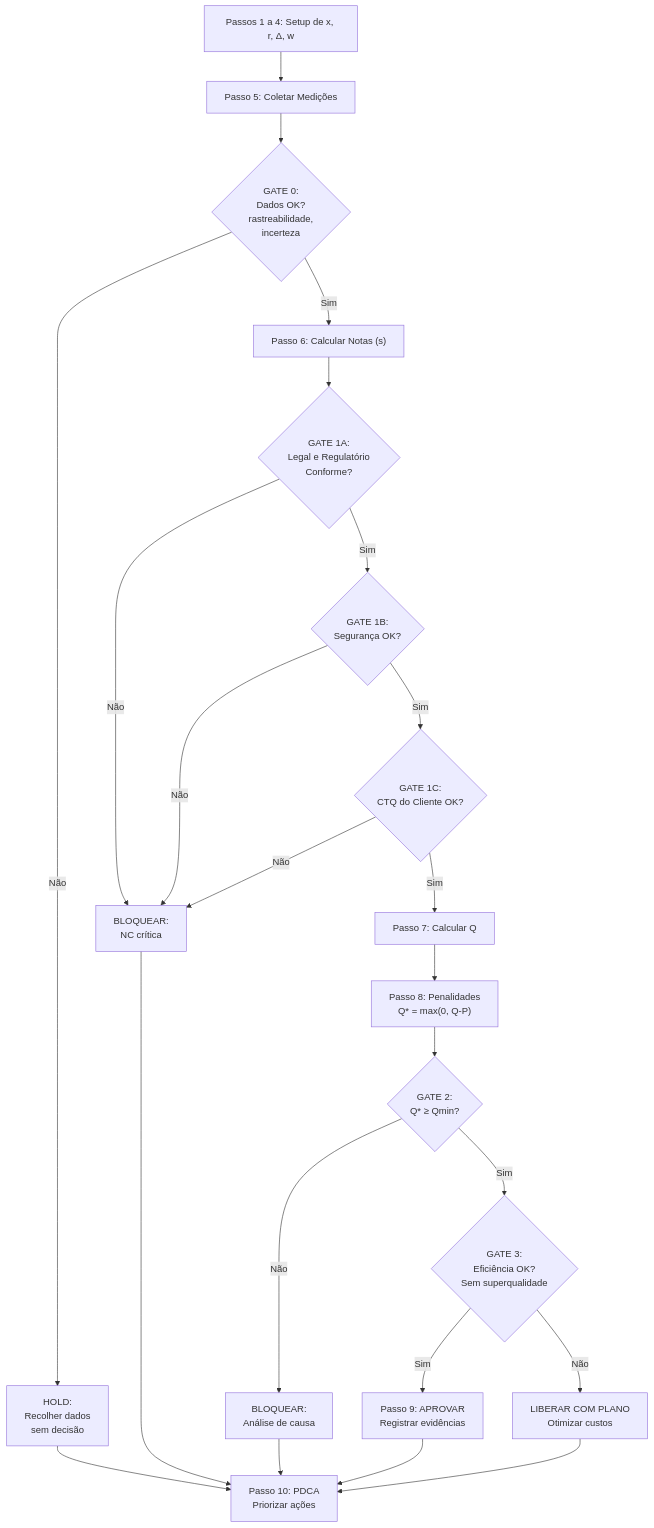
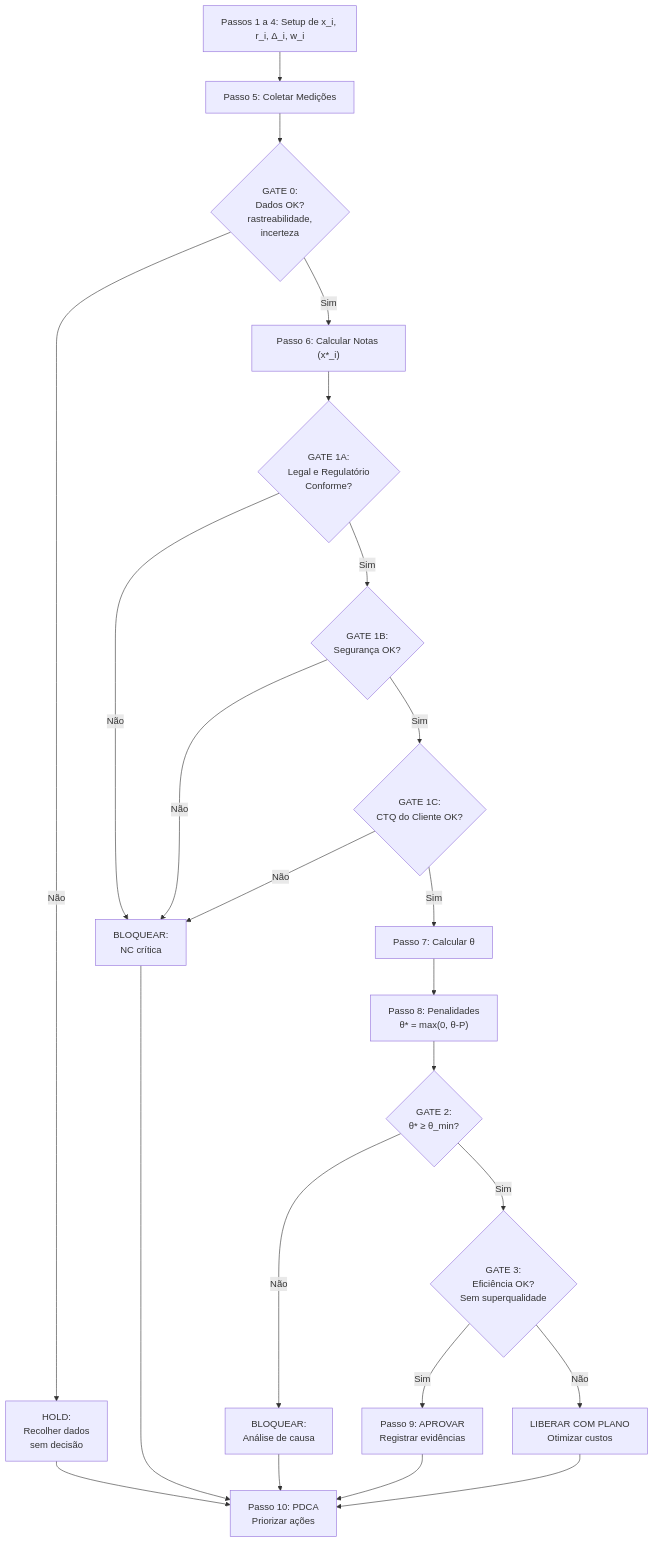
The diagram in chapters/cap3-motor-matematico.qmd (rafasfer2/MiningAnalyticsBook), drawn with Mermaid before and after one commit. The commit also changed other lines of this file, not shown here.

````diff
--- a/chapters/cap3-motor-matematico.qmd
+++ b/chapters/cap3-motor-matematico.qmd
@@ -223,34 +237,34 @@
 ```{mermaid}
 %%| label: fig-fluxograma-arm-gates
 %%| fig-cap: "Algoritmo ARM de Execução com Portões de Decisão (Gates)"
 flowchart TD
-    A["Passos 1 a 4: Setup de x, r, Δ, w"] --> E["Passo 5: Coletar Medições"]
+    A["Passos 1 a 4: Setup de x_i, r_i, Δ_i, w_i"] --> E["Passo 5: Coletar Medições"]
 
     E --> G0{GATE 0:\nDados OK?\nrastreabilidade,\nincerteza}
     G0 -->|Não| H0["HOLD:\nRecolher dados\nsem decisão"]
-    G0 -->|Sim| F["Passo 6: Calcular Notas (s)"]
+    G0 -->|Sim| F["Passo 6: Calcular Notas (x*_i)"]
 
     F --> G1A{GATE 1A:\nLegal e Regulatório\nConforme?}
     G1A -->|Não| X1["BLOQUEAR:\nNC crítica"]
     G1A -->|Sim| G1B{GATE 1B:\nSegurança OK?}
 
     G1B -->|Não| X1
     G1B -->|Sim| G1C{GATE 1C:\nCTQ do Cliente OK?}
 
     G1C -->|Não| X1
-    G1C -->|Sim| Q["Passo 7: Calcular Q"]
-    Q --> P["Passo 8: Penalidades\nQ* = max(0, Q-P)"]
+    G1C -->|Sim| Th["Passo 7: Calcular θ"]
+    Th --> P["Passo 8: Penalidades\nθ* = max(0, θ-P)"]
 
-    P --> G2{GATE 2:\nQ* ≥ Qmin?}
+    P --> G2{GATE 2:\nθ* ≥ θ_min?}
     G2 -->|Não| X2["BLOQUEAR:\nAnálise de causa"]
     G2 -->|Sim| G3{GATE 3:\nEficiência OK?\nSem superqualidade}
 
     G3 -->|Sim| OK["Passo 9: APROVAR\nRegistrar evidências"]
     G3 -->|Não| OPT["LIBERAR COM PLANO\nOtimizar custos"]
 
     H0 --> PDCA["Passo 10: PDCA\nPriorizar ações"]
     X1 --> PDCA
     X2 --> PDCA
     OK --> PDCA
     OPT --> PDCA
 ```
````
